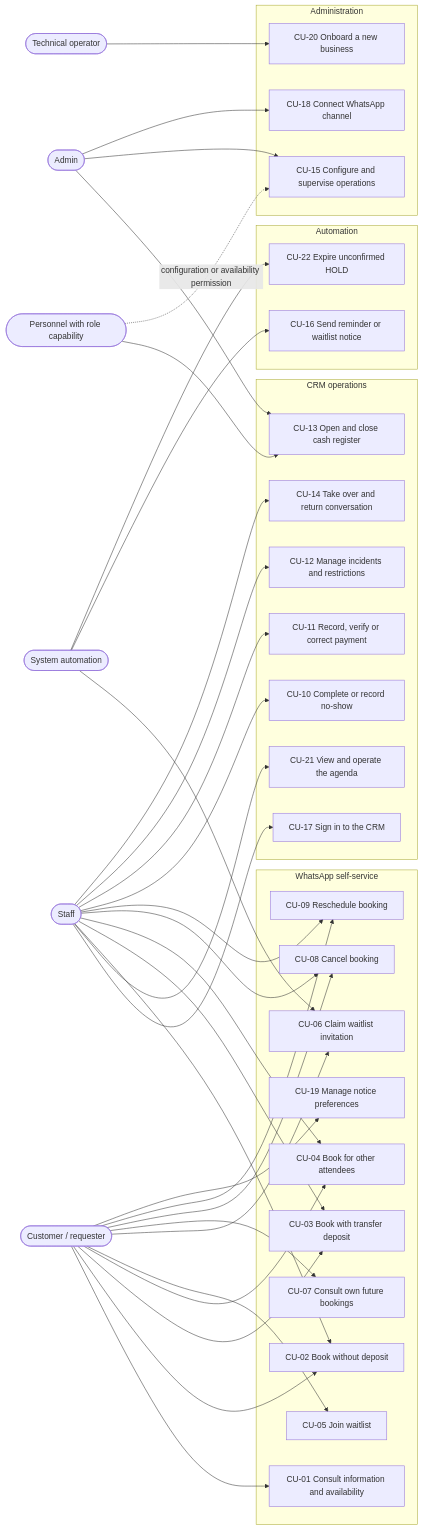
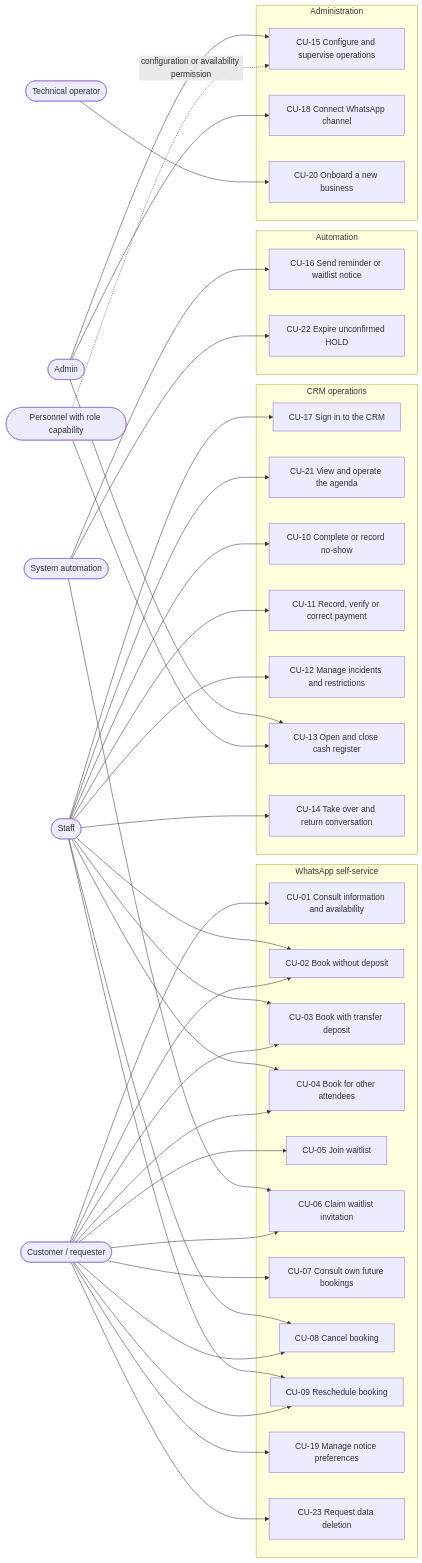
One commit to nanonoir/Agendoxa changed the first of 2 diagrams in docs/product-specs/uc-02/use-cases.md. Above: the diagram before and after it, drawn with Mermaid. The commit also changed other lines of this file and 5 other files, not shown here.

Commit message:
docs(DOM-01): specify logical ERD attributes, keys and compatibility checks

````diff
--- a/docs/product-specs/uc-02/use-cases.md
+++ b/docs/product-specs/uc-02/use-cases.md
@@ -66,51 +67,52 @@
 ```mermaid
 flowchart LR
     CUS([Customer / requester])
     STF([Staff])
     AUT([Personnel with role capability])
     ADM([Admin])
     OPR([Technical operator])
     SYS([System automation])
 
     subgraph SELF[WhatsApp self-service]
         CU01[CU-01 Consult information and availability]
         CU02[CU-02 Book without deposit]
         CU03[CU-03 Book with transfer deposit]
         CU04[CU-04 Book for other attendees]
         CU05[CU-05 Join waitlist]
         CU06[CU-06 Claim waitlist invitation]
         CU07[CU-07 Consult own future bookings]
         CU08[CU-08 Cancel booking]
         CU09[CU-09 Reschedule booking]
         CU19[CU-19 Manage notice preferences]
+        CU23[CU-23 Request data deletion]
     end
 
     subgraph OPS[CRM operations]
         CU17[CU-17 Sign in to the CRM]
         CU21[CU-21 View and operate the agenda]
         CU10[CU-10 Complete or record no-show]
         CU11[CU-11 Record, verify or correct payment]
         CU12[CU-12 Manage incidents and restrictions]
         CU13[CU-13 Open and close cash register]
         CU14[CU-14 Take over and return conversation]
     end
 
     subgraph ADMIN[Administration]
         CU15[CU-15 Configure and supervise operations]
         CU18[CU-18 Connect WhatsApp channel]
         CU20[CU-20 Onboard a new business]
     end
 
     subgraph AUTO[Automation]
         CU16[CU-16 Send reminder or waitlist notice]
         CU22[CU-22 Expire unconfirmed HOLD]
     end
 
-    CUS --> CU01 & CU02 & CU03 & CU04 & CU05 & CU06 & CU07 & CU08 & CU09 & CU19
+    CUS --> CU01 & CU02 & CU03 & CU04 & CU05 & CU06 & CU07 & CU08 & CU09 & CU19 & CU23
     STF --> CU17 & CU21 & CU02 & CU03 & CU04 & CU08 & CU09 & CU10 & CU11 & CU12 & CU14
     AUT --> CU13
     AUT -.->|configuration or availability permission| CU15
     ADM --> CU13 & CU15 & CU18
     OPR --> CU20
     SYS --> CU06 & CU16 & CU22
 ```
````
